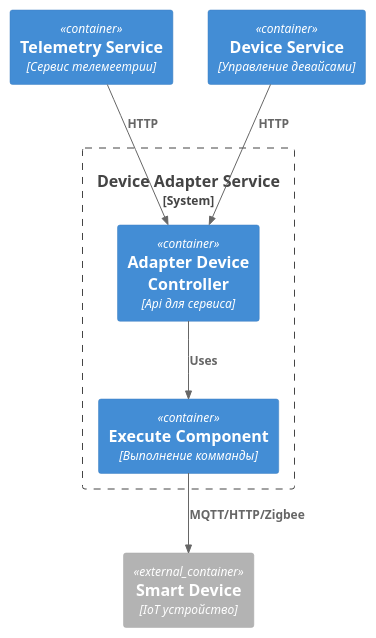
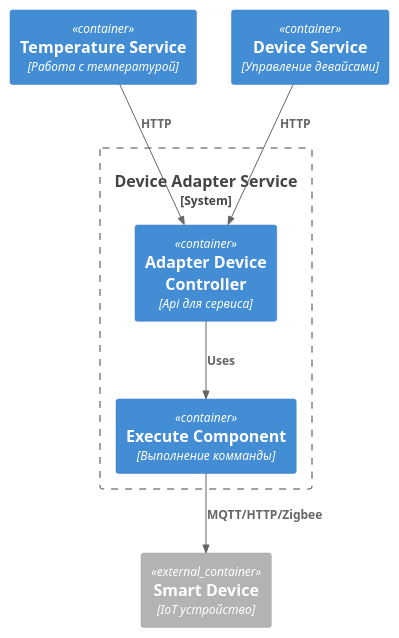
Before and after one commit to alexmented/architecture-pro-warmhouse: the diagram in schemas/C3_AdapterService.puml, drawn with PlantUML. The commit also changed 7 other files, not shown here.

```diff
--- a/schemas/C3_AdapterService.puml
+++ b/schemas/C3_AdapterService.puml
@@ -1,21 +1,21 @@
 @startuml
 !include https://raw.githubusercontent.com/plantuml-stdlib/C4-PlantUML/master/C4_Container.puml
 
-Container(telemetryService, "Telemetry Service", "Сервис телемеетрии")
+Container(temperatureService, "Temperature Service", "Работа с температурой")
 Container(deviceService, "Device Service","Управление девайсами")
 
 System_Boundary(serviceBoundary, "Device Adapter Service") {
     Container(adapterController, "Adapter Device Controller", "Api для сервиса")
     Container(executeComponent, "Execute Component", "Выполнение комманды")
 }
     Container_Ext(smartDevice, "Smart Device", "IoT устройство")
 
 
 
-Rel(telemetryService, adapterController, "HTTP")
+Rel(temperatureService, adapterController, "HTTP")
 Rel(deviceService, adapterController, "HTTP")
 Rel(adapterController, executeComponent, "Uses")
 Rel(executeComponent, smartDevice, "MQTT/HTTP/Zigbee")
 
 
 @enduml
```
